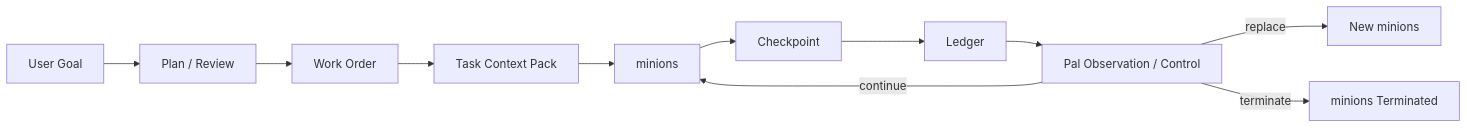
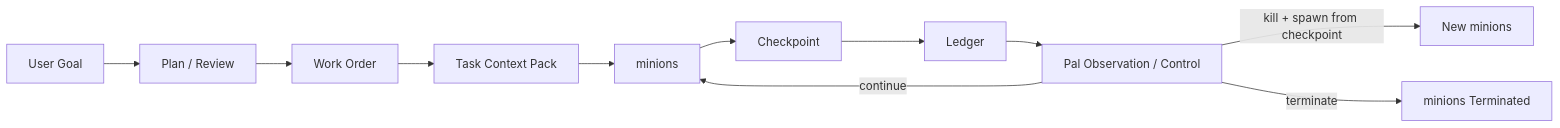
One commit to OtakuNathan/Pal changed the diagram in docs/pal_tasking_contract.md. Above: the diagram before and after it, drawn with Mermaid. The commit also changed other lines of this file and 88 other files, not shown here.

````diff
--- a/docs/pal_tasking_contract.md
+++ b/docs/pal_tasking_contract.md
@@ -129,13 +129,13 @@
 ```mermaid
 flowchart LR
     GOAL["User Goal"] --> PLAN["Plan / Review"]
     PLAN --> WO["Work Order"]
     WO --> CTX["Task Context Pack"]
     CTX --> W["minions"]
     W --> CK["Checkpoint"]
     CK --> LED["Ledger"]
     LED --> PAL["Pal Observation / Control"]
     PAL -->|continue| W
-    PAL -->|replace| W2["New minions"]
+    PAL -->|kill + spawn from checkpoint| W2["New minions"]
     PAL -->|terminate| STOP["minions Terminated"]
 ```
````
